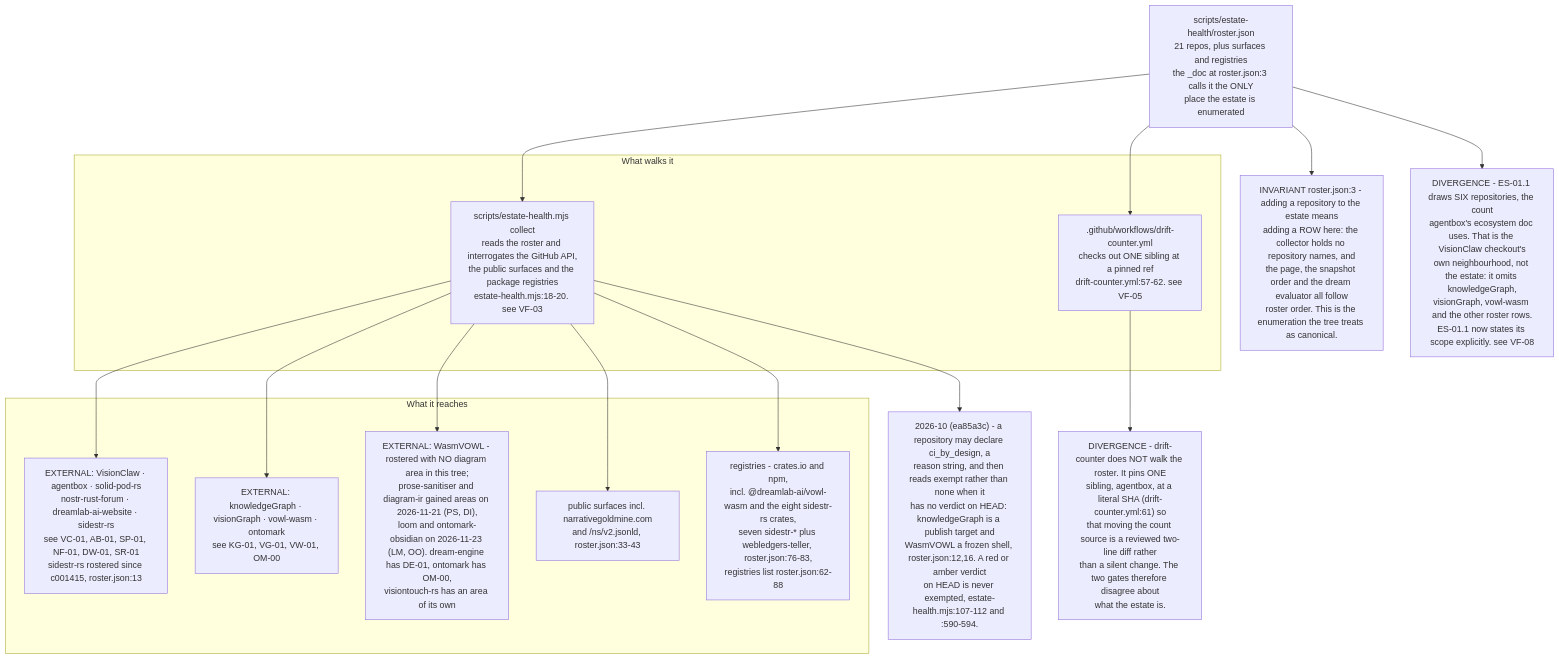
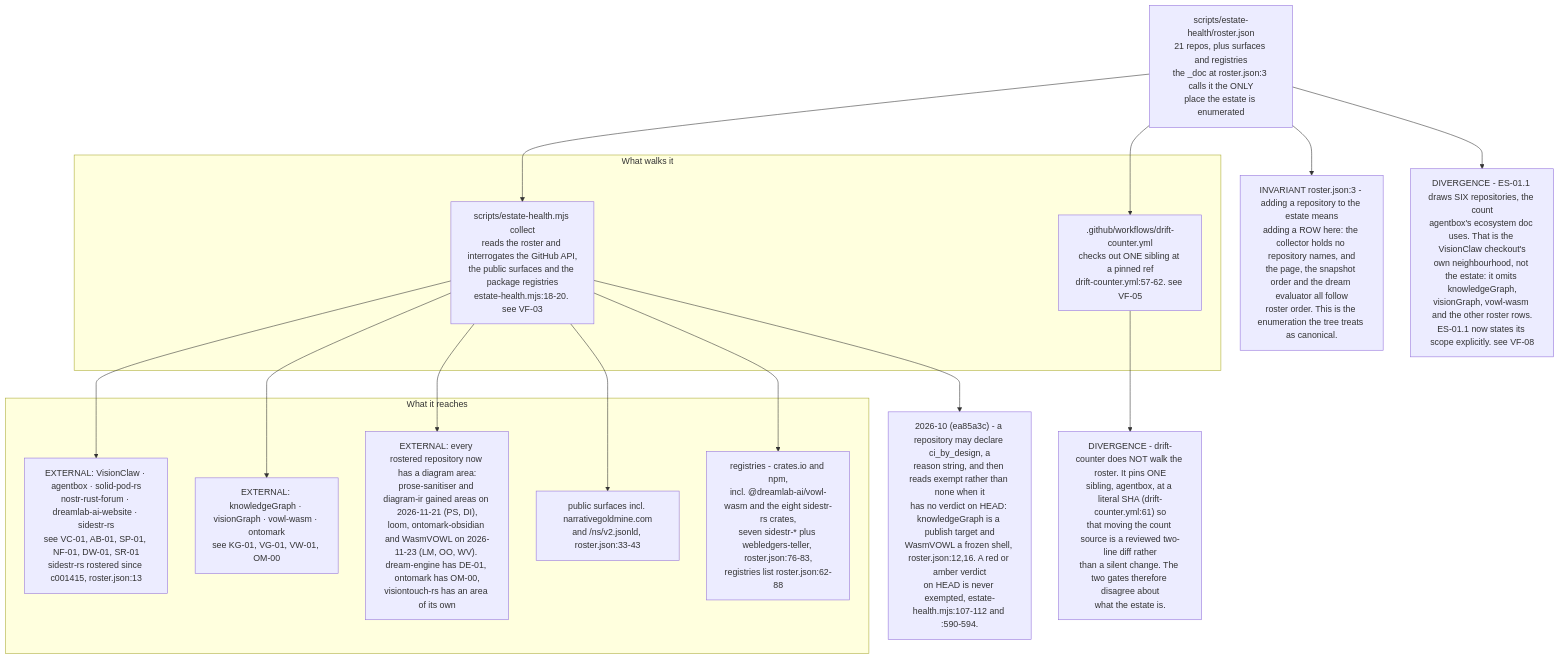
The fifth of 5 diagrams in docs/diagrams/estate/11-publishing-axis.md (DreamLab-AI/VisionFlow), drawn with Mermaid before and after one commit. The commit also changed 6 other files, not shown here.

First line of the commit message:
diagrams: integration fixes for the follow-up round

````diff
--- a/docs/diagrams/estate/11-publishing-axis.md
+++ b/docs/diagrams/estate/11-publishing-axis.md
@@ -152,35 +152,35 @@
 ```mermaid
 flowchart TB
     ROSTER["scripts/estate-health/roster.json<br/>21 repos, plus surfaces and registries<br/>the _doc at roster.json:3 calls it the ONLY<br/>place the estate is enumerated"]
 
     subgraph READERS["What walks it"]
         EH["scripts/estate-health.mjs collect<br/>reads the roster and interrogates the GitHub API,<br/>the public surfaces and the package registries<br/>estate-health.mjs:18-20. see VF-03"]
         DC[".github/workflows/drift-counter.yml<br/>checks out ONE sibling at a pinned ref<br/>drift-counter.yml:57-62. see VF-05"]
     end
 
     subgraph TARGETS["What it reaches"]
         R1["EXTERNAL: VisionClaw · agentbox · solid-pod-rs<br/>nostr-rust-forum · dreamlab-ai-website · sidestr-rs<br/>see VC-01, AB-01, SP-01, NF-01, DW-01, SR-01<br/>sidestr-rs rostered since c001415, roster.json:13"]
         R2["EXTERNAL: knowledgeGraph · visionGraph · vowl-wasm · ontomark<br/>see KG-01, VG-01, VW-01, OM-00"]
-        R3["EXTERNAL: WasmVOWL - rostered with NO diagram area in this tree;<br/>prose-sanitiser and diagram-ir gained areas on 2026-11-21 (PS, DI),<br/>loom and ontomark-obsidian on 2026-11-23 (LM, OO). dream-engine has DE-01, ontomark has OM-00,<br/>visiontouch-rs has an area of its own"]
+        R3["EXTERNAL: every rostered repository now has a diagram area:<br/>prose-sanitiser and diagram-ir gained areas on 2026-11-21 (PS, DI),<br/>loom, ontomark-obsidian and WasmVOWL on 2026-11-23 (LM, OO, WV). dream-engine has DE-01, ontomark has OM-00,<br/>visiontouch-rs has an area of its own"]
         SURF["public surfaces incl. narrativegoldmine.com<br/>and /ns/v2.jsonld, roster.json:33-43"]
         REG["registries - crates.io and npm,<br/>incl. @dreamlab-ai/vowl-wasm and the eight sidestr-rs crates,<br/>seven sidestr-* plus webledgers-teller, roster.json:76-83,<br/>registries list roster.json:62-88"]
     end
 
     ROSTER --> EH
     ROSTER --> DC
     EH --> R1
     EH --> R2
     EH --> R3
     EH --> SURF
     EH --> REG
 
     INV["INVARIANT roster.json:3 - adding a repository to the estate means<br/>adding a ROW here: the collector holds no repository names, and<br/>the page, the snapshot order and the dream evaluator all follow<br/>roster order. This is the enumeration the tree treats as canonical."]
     D1["DIVERGENCE - drift-counter does NOT walk the roster. It pins ONE<br/>sibling, agentbox, at a literal SHA (drift-counter.yml:61) so<br/>that moving the count source is a reviewed two-line diff rather<br/>than a silent change. The two gates therefore disagree about<br/>what the estate is."]
     D2["DIVERGENCE - ES-01.1 draws SIX repositories, the count<br/>agentbox's ecosystem doc uses. That is the VisionClaw checkout's<br/>own neighbourhood, not the estate: it omits knowledgeGraph,<br/>visionGraph, vowl-wasm and the other roster rows.<br/>ES-01.1 now states its scope explicitly. see VF-08"]
 
     EXEMPT["2026-10 (ea85a3c) - a repository may declare ci_by_design, a<br/>reason string, and then reads exempt rather than none when it<br/>has no verdict on HEAD: knowledgeGraph is a publish target and<br/>WasmVOWL a frozen shell, roster.json:12,16. A red or amber verdict<br/>on HEAD is never exempted, estate-health.mjs:107-112 and :590-594."]
     EH --> EXEMPT
     ROSTER --> INV
     DC --> D1
     ROSTER --> D2
 ```
````
